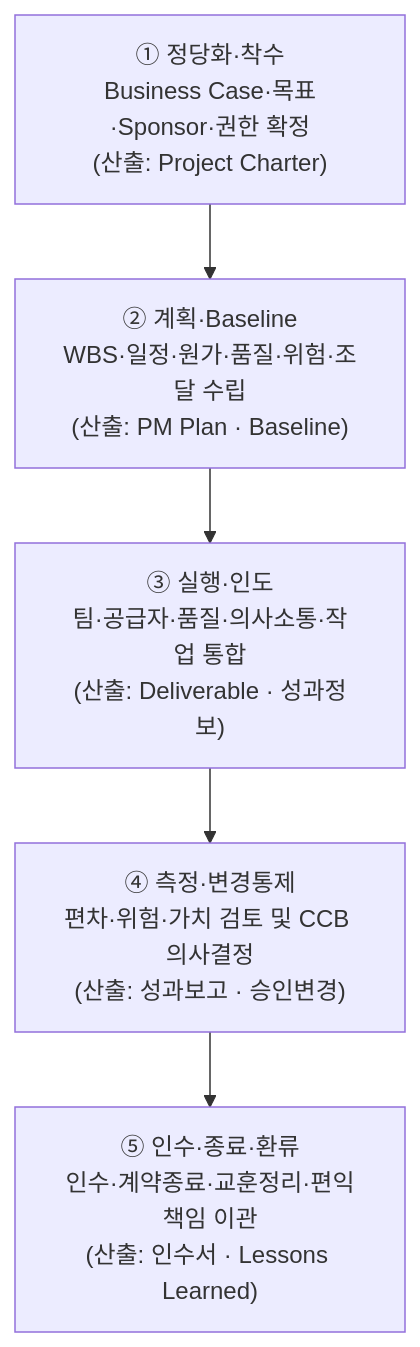
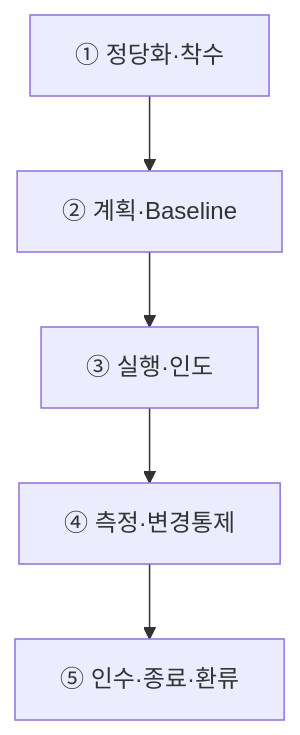
One commit to agnusdei1207/study changed the second of 3 diagrams in src/content/docs/notes/itpe/01-it-strategy/065_project_management.md. Above: the diagram before and after it, drawn with Mermaid. The commit also changed other lines of this file and 19 other files, not shown here.

````diff
--- a/src/content/docs/notes/itpe/01-it-strategy/065_project_management.md
+++ b/src/content/docs/notes/itpe/01-it-strategy/065_project_management.md
@@ -84,10 +68,4 @@
 ```mermaid
 flowchart TD
-    S1["① 정당화·착수<br/>Business Case·목표·Sponsor·권한 확정<br/>(산출: Project Charter)"]
-    S2["② 계획·Baseline<br/>WBS·일정·원가·품질·위험·조달 수립<br/>(산출: PM Plan · Baseline)"]
-    S3["③ 실행·인도<br/>팀·공급자·품질·의사소통·작업 통합<br/>(산출: Deliverable · 성과정보)"]
-    S4["④ 측정·변경통제<br/>편차·위험·가치 검토 및 CCB 의사결정<br/>(산출: 성과보고 · 승인변경)"]
-    S5["⑤ 인수·종료·환류<br/>인수·계약종료·교훈정리·편익책임 이관<br/>(산출: 인수서 · Lessons Learned)"]
-
-    S1 --> S2 --> S3 --> S4 --> S5
+    S1["① 정당화·착수"] --> S2["② 계획·Baseline"] --> S3["③ 실행·인도"] --> S4["④ 측정·변경통제"] --> S5["⑤ 인수·종료·환류"]
 ```
````
